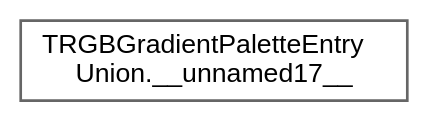
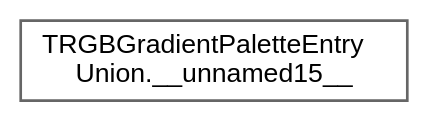
One commit to mcx/FastLED changed the diagram in docs/inherit_graph_219.dot. Above: the diagram before and after it, drawn with Graphviz. The commit also changed 1563 other files, not shown here.

```diff
--- a/docs/inherit_graph_219.dot
+++ b/docs/inherit_graph_219.dot
@@ -1,9 +1,9 @@
 digraph "Graphical Class Hierarchy"
 {
  // LATEX_PDF_SIZE
   bgcolor="transparent";
   edge [fontname=Helvetica,fontsize=10,labelfontname=Helvetica,labelfontsize=10];
   node [fontname=Helvetica,fontsize=10,shape=box,height=0.2,width=0.4];
   rankdir="LR";
-  Node0 [id="Node000000",label="TRGBGradientPaletteEntry\lUnion.__unnamed17__",height=0.2,width=0.4,color="grey40", fillcolor="white", style="filled",URL="$d6/d39/group___palette_classes.html#d9/d76/struct_t_r_g_b_gradient_palette_entry_union_8____unnamed17____",tooltip=" "];
+  Node0 [id="Node000000",label="TRGBGradientPaletteEntry\lUnion.__unnamed15__",height=0.2,width=0.4,color="grey40", fillcolor="white", style="filled",URL="$d6/d39/group___palette_classes.html#d0/d76/struct_t_r_g_b_gradient_palette_entry_union_8____unnamed15____",tooltip=" "];
 }
```
